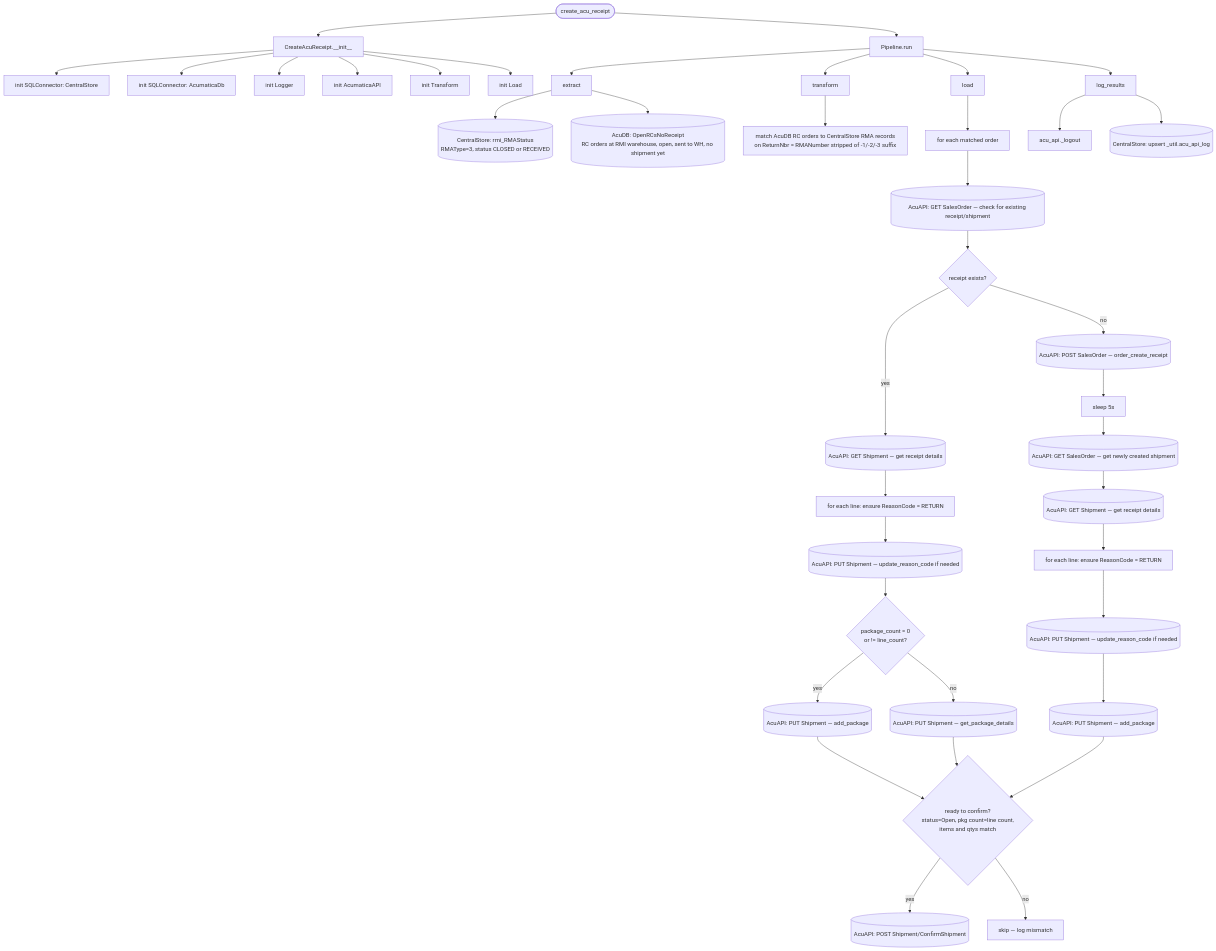
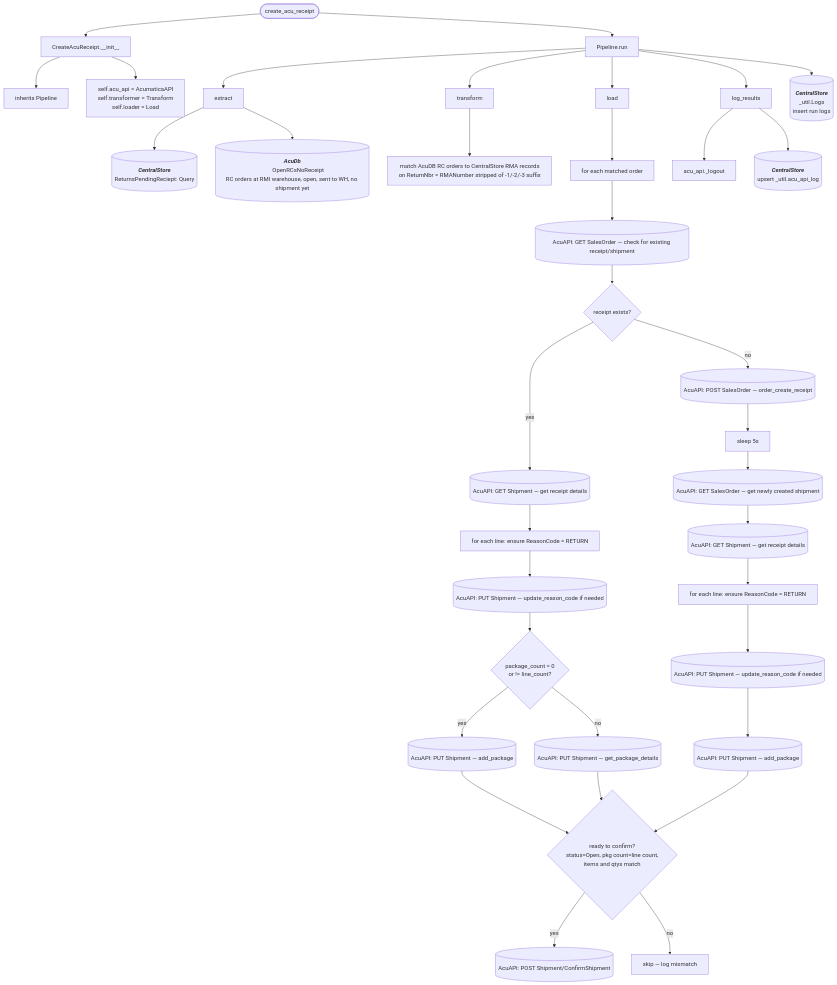
The diagram in docs/functions/create_acu_receipts.md (journeyhl/integration-platform), drawn with Mermaid before and after one commit. The commit also changed 42 other files, not shown here.

````diff
--- a/docs/functions/create_acu_receipts.md
+++ b/docs/functions/create_acu_receipts.md
@@ -30,49 +29,61 @@
 ```mermaid
 %%{init: {"flowchart": {"wrappingWidth": 400}}}%%
 flowchart TD
     A([create_acu_receipt]) --> B[CreateAcuReceipt.__init__]
-    B --> B1[init SQLConnector: CentralStore]
-    B --> B2[init SQLConnector: AcumaticaDb]
-    B --> B3[init Logger]
-    B --> B4[init AcumaticaAPI]
-    B --> B5[init Transform]
-    B --> B6[init Load]
+    B --> B1[inherits Pipeline]
+    B --> B2[
+        self.acu_api = AcumaticaAPI
+        self.transformer = Transform
+        self.loader = Load
+    ]
     A --> RUN[Pipeline.run]
 
     RUN --> EX[extract]
-    EX --> D1[(CentralStore: rmi_RMAStatus<br/>RMAType=3, status CLOSED or RECEIVED)]
-    EX --> D2[(AcuDB: OpenRCsNoReceipt<br/>RC orders at RMI warehouse, open, sent to WH, no shipment yet)]
+    EX --> D1[(
+        <b><i>CentralStore</i></b>
+        ReturnsPendingReciept: Query
+    )]
+    EX --> D2[(
+        <b><i>AcuDb</i></b>
+        OpenRCsNoReceipt<br/>RC orders at RMI warehouse, open, sent to WH, no shipment yet)]
 
     RUN --> TR[transform]
     TR --> T1[match AcuDB RC orders to CentralStore RMA records<br/>on ReturnNbr = RMANumber stripped of -1/-2/-3 suffix]
 
     RUN --> LD[load]
     LD --> LS[for each matched order]
     LS --> L1[(AcuAPI: GET SalesOrder — check for existing receipt/shipment)]
     L1 --> L2{receipt exists?}
 
     L2 -->|yes| L3[(AcuAPI: GET Shipment — get receipt details)]
     L3 --> L4[for each line: ensure ReasonCode = RETURN]
     L4 --> L5[(AcuAPI: PUT Shipment — update_reason_code if needed)]
     L5 --> L6{package_count = 0<br/>or != line_count?}
     L6 -->|yes| L7[(AcuAPI: PUT Shipment — add_package)]
     L6 -->|no| L8[(AcuAPI: PUT Shipment — get_package_details)]
 
     L2 -->|no| L9[(AcuAPI: POST SalesOrder — order_create_receipt)]
     L9 --> L10[sleep 5s]
     L10 --> L11[(AcuAPI: GET SalesOrder — get newly created shipment)]
     L11 --> L12[(AcuAPI: GET Shipment — get receipt details)]
     L12 --> L13[for each line: ensure ReasonCode = RETURN]
     L13 --> L14[(AcuAPI: PUT Shipment — update_reason_code if needed)]
     L14 --> L15[(AcuAPI: PUT Shipment — add_package)]
 
     L7 --> CONF{ready to confirm?<br/>status=Open, pkg count=line count,<br/>items and qtys match}
     L8 --> CONF
     L15 --> CONF
     CONF -->|yes| L16[(AcuAPI: POST Shipment/ConfirmShipment)]
     CONF -->|no| L17[skip — log mismatch]
 
     RUN --> LR[log_results]
     LR --> LO[acu_api._logout]
-    LR --> UPS[(CentralStore: upsert _util.acu_api_log)]
+    LR --> UPS[(
+        <b><i>CentralStore</i></b>
+        upsert _util.acu_api_log
+    )]
+    RUN --> LOGS[(
+        <b><i>CentralStore</i></b>
+        _util.Logs<br/>insert run logs
+    )]
 ```
````
